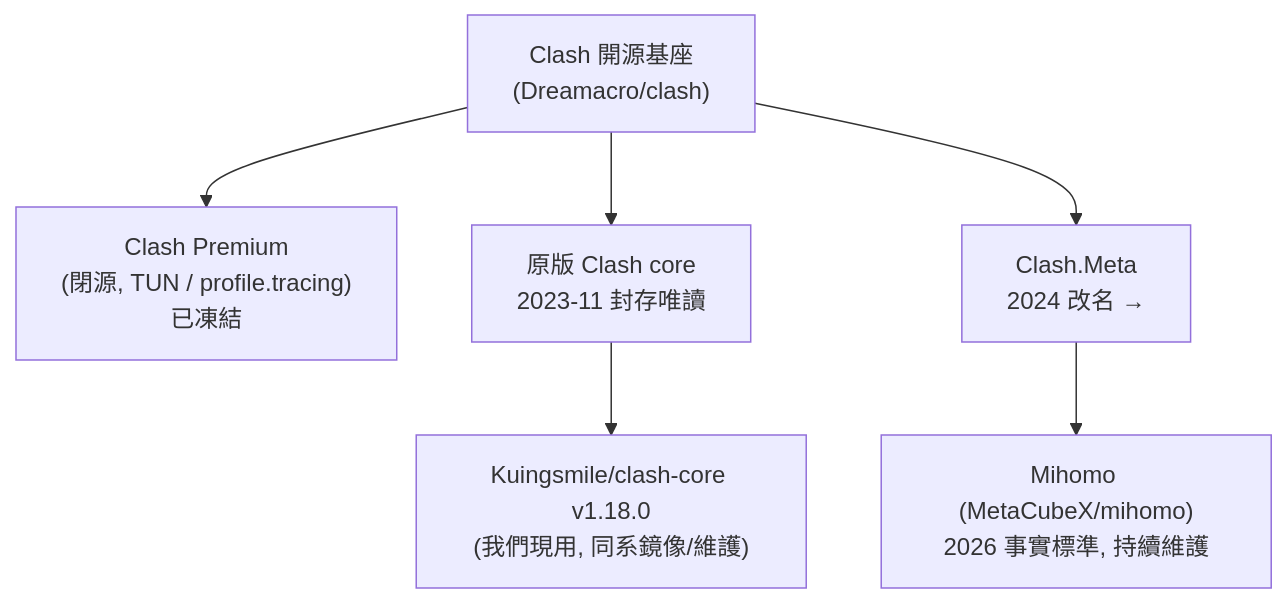
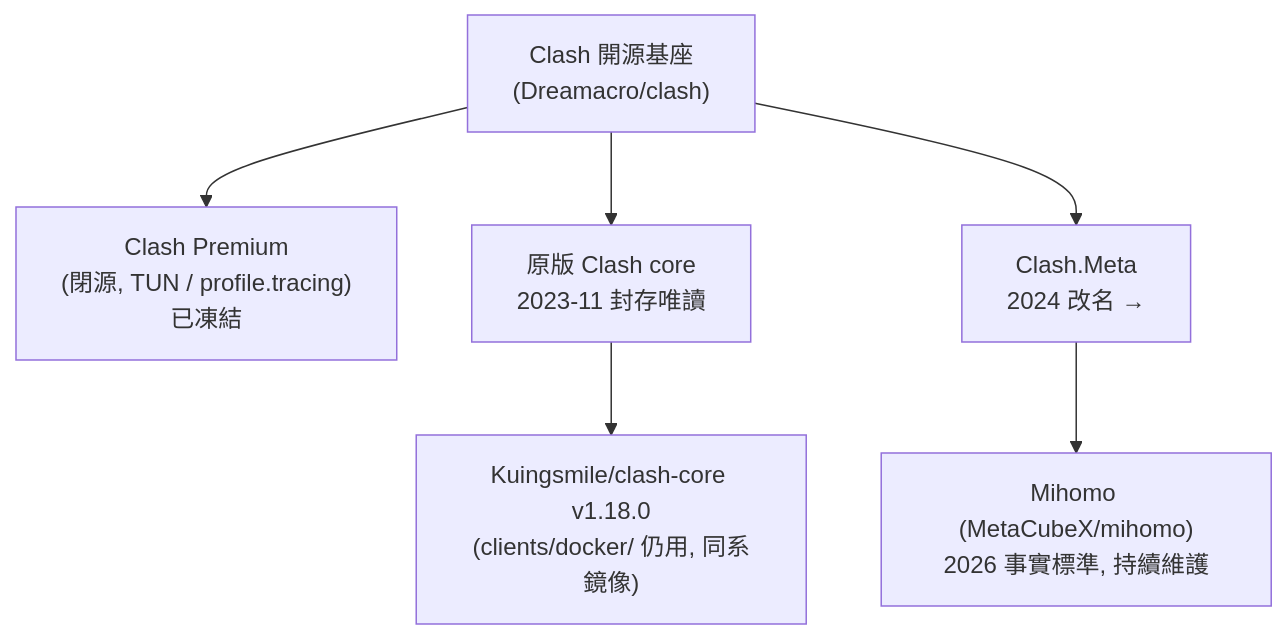
One commit to daviddwlee84/DockerCompose-V2Ray changed the diagram in docs/clash/Core.md. Above: the diagram before and after it, drawn with Mermaid. The commit also changed other lines of this file and 8 other files, not shown here.

````diff
--- a/docs/clash/Core.md
+++ b/docs/clash/Core.md
@@ -22,9 +23,9 @@
 ```mermaid
 flowchart TD
   base["Clash 開源基座<br/>(Dreamacro/clash)"]
   base --> premium["Clash Premium<br/>(閉源, TUN / profile.tracing)<br/>已凍結"]
   base --> original["原版 Clash core<br/>2023-11 封存唯讀"]
-  original --> kuingsmile["Kuingsmile/clash-core v1.18.0<br/>(我們現用, 同系鏡像/維護)"]
+  original --> kuingsmile["Kuingsmile/clash-core v1.18.0<br/>(clients/docker/ 仍用, 同系鏡像)"]
   base --> meta["Clash.Meta<br/>2024 改名 →"]
   meta --> mihomo["Mihomo (MetaCubeX/mihomo)<br/>2026 事實標準, 持續維護"]
 ```
````
